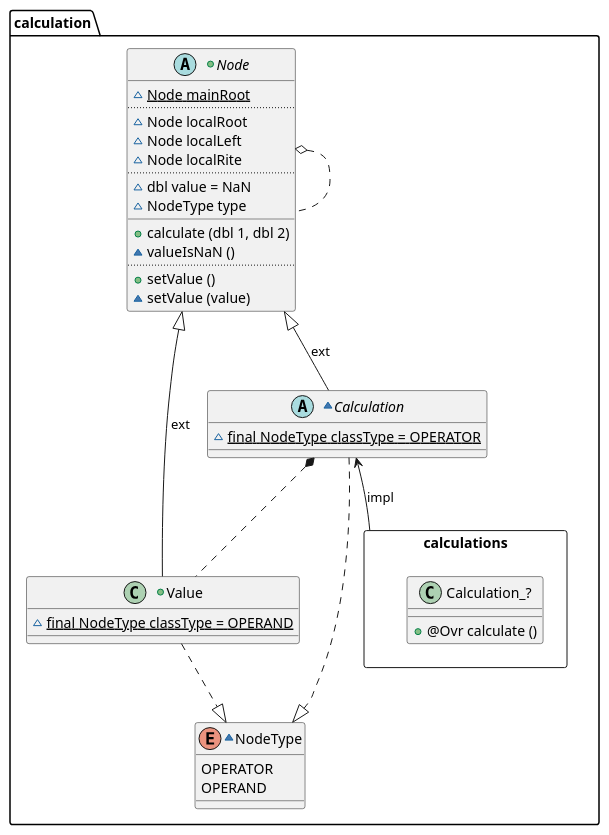
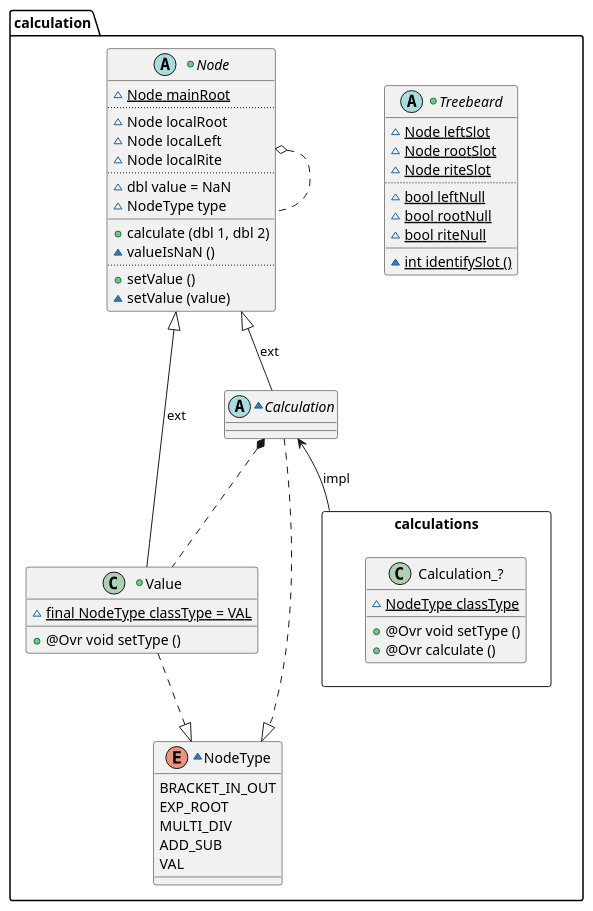
The diagram in src/main/resources/package_calculation_strcucture.puml (vitalispopoff/calculator), drawn with PlantUML before and after one commit. The commit also changed 23 other files, not shown here.

```diff
--- a/src/main/resources/package_calculation_strcucture.puml
+++ b/src/main/resources/package_calculation_strcucture.puml
@@ -1,50 +1,69 @@
 @startuml
 
 package calculation{
 
+    +abstract Treebeard{
+            ~ {field} {static} Node leftSlot
+            ~ {field} {static} Node rootSlot
+            ~ {field} {static} Node riteSlot
+        ..
+            ~ {field} {static} bool leftNull
+            ~ {field} {static} bool rootNull
+            ~ {field} {static} bool riteNull
+        __
+            ~ {method} {static} int identifySlot ()
+    }
+
     +abstract Node{
-            ~{static} Node mainRoot
+            ~ {static} Node mainRoot
         ..
-            ~{field} Node localRoot
-            ~{field} Node localLeft
-            ~{field} Node localRite
+            ~ {field} Node localRoot
+            ~ {field} Node localLeft
+            ~ {field} Node localRite
         ..
-            ~{field} dbl value = NaN
-            ~{field} NodeType type
+            ~ {field} dbl value = NaN
+            ~ {field} NodeType type
         __
-            +{method}calculate (dbl 1, dbl 2)
-            ~{method} valueIsNaN ()
+            + {method} calculate (dbl 1, dbl 2)
+            ~ {method} valueIsNaN ()
         ..
-            +{method} setValue ()
-            ~{method} setValue (value)
+            + {method} setValue ()
+            ~ {method} setValue (value)
     }
 
     +class Value{
-            ~{static} final NodeType classType = OPERAND
+            ~ {static} final NodeType classType = VAL
+            __
+            + {method} @Ovr void setType ()
     }
 
     ~abstract Calculation{
-            ~{static} final NodeType classType = OPERATOR
     }
 
     package calculations <<Rectangle>> {
         class Calculation_?{
-            +{method} @Ovr calculate ()
+                ~ {field} {static} NodeType classType
+            __
+                + {method} @Ovr void setType ()
+                + {method} @Ovr calculate ()
         }
     }
 
     ~enum NodeType{
-            OPERATOR
-            OPERAND
+        BRACKET_IN_OUT
+        EXP_ROOT
+        MULTI_DIV
+        ADD_SUB
+        VAL
     }
 }
 
     Node            o..     Node
-    Node            <|--    Value                   : ext
-    Node            <|--    Calculation             : ext
+    Node            <|--    Value           : ext
+    Node            <|--    Calculation     : ext
     Calculation     <--     calculations    : impl
     Calculation     *..     Value
-    Calculation     ..|>      NodeType
-    Value           ..|>      NodeType
+    Calculation     ..|>    NodeType
+    Value           ..|>    NodeType
 
 @enduml
```
